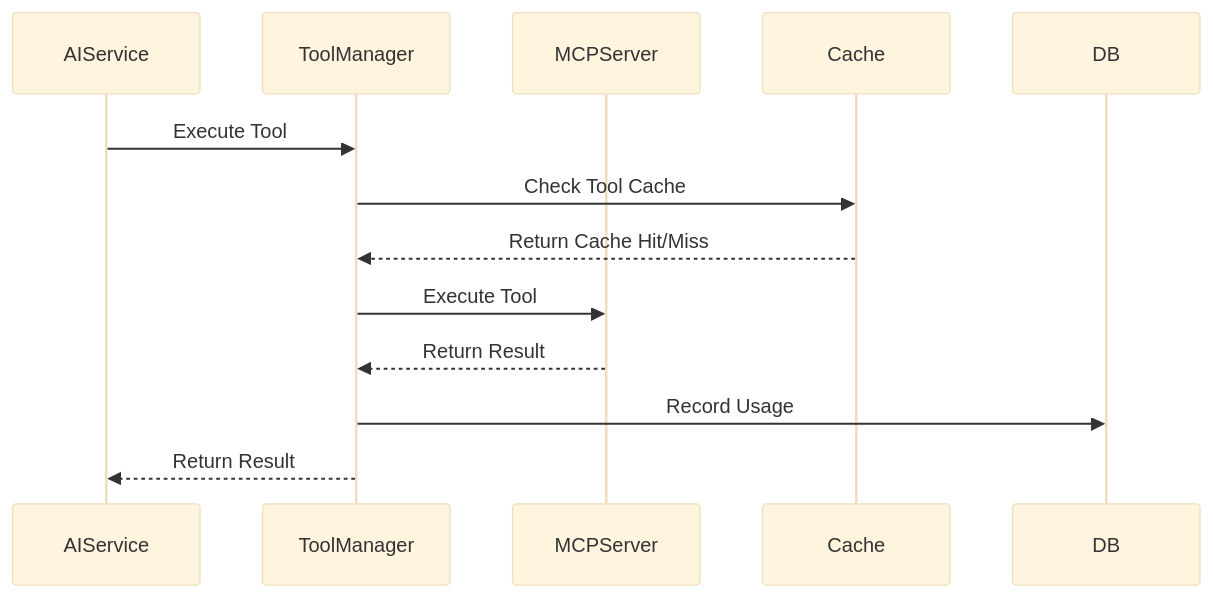
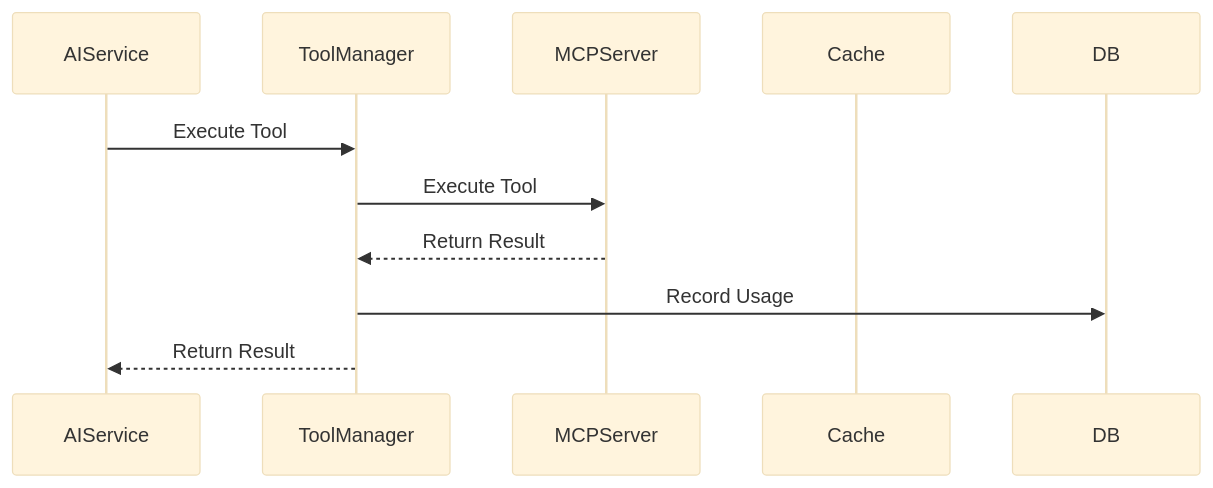
One commit to nydiokar/ai-chat changed the second of 2 diagrams in docs/architecture.md. Above: the diagram before and after it, drawn with Mermaid (base theme). The commit also changed 3 other files, not shown here.

````diff
--- a/docs/architecture.md
+++ b/docs/architecture.md
@@ -189,16 +189,14 @@
 ```mermaid
 sequenceDiagram
     participant AIService
     participant ToolManager
     participant MCPServer
     participant Cache
     participant DB
 
     AIService->>ToolManager: Execute Tool
-    ToolManager->>Cache: Check Tool Cache
-    Cache-->>ToolManager: Return Cache Hit/Miss
     ToolManager->>MCPServer: Execute Tool
     MCPServer-->>ToolManager: Return Result
     ToolManager->>DB: Record Usage
     ToolManager-->>AIService: Return Result
 ```
````
